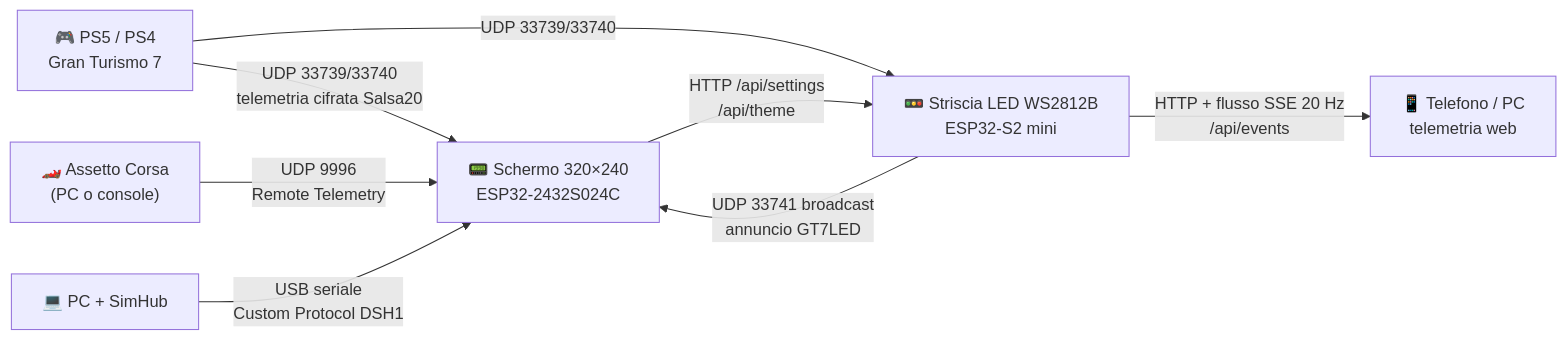
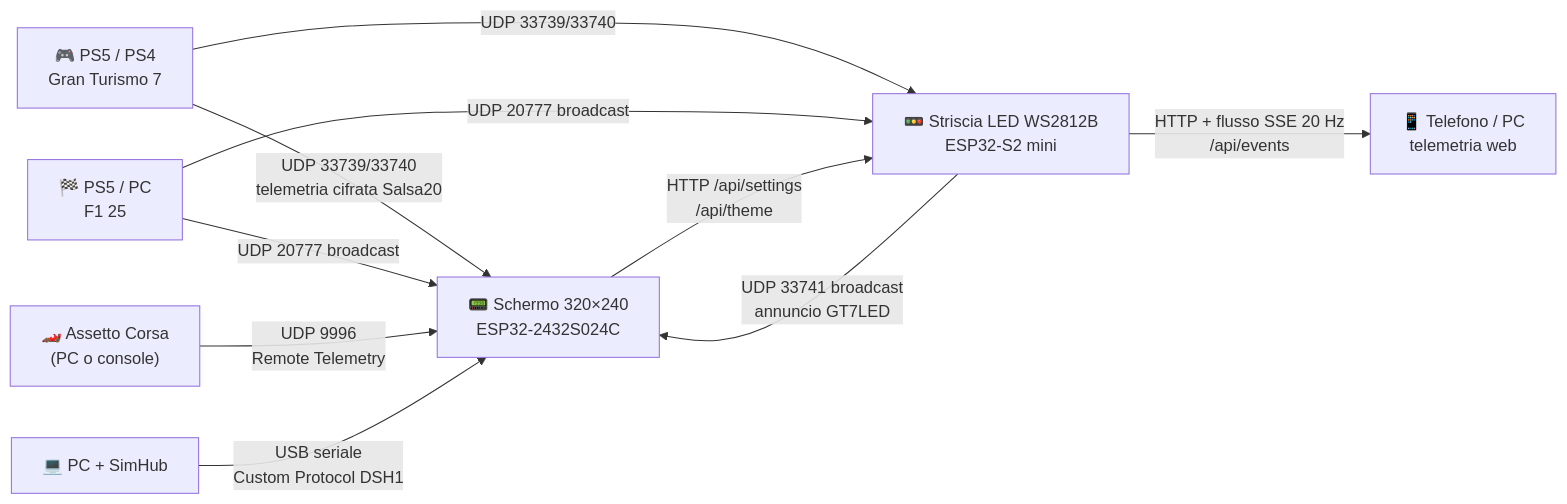
The diagram in README.md (chopin94/gt7-SchermoELed), drawn with Mermaid before and after one commit. The commit also changed other lines of this file and 15 other files, not shown here.

````diff
--- a/README.md
+++ b/README.md
@@ -52,17 +52,20 @@
 ```mermaid
 flowchart LR
     PS5["🎮 PS5 / PS4<br/>Gran Turismo 7"]
+    F1["🏁 PS5 / PC<br/>F1 25"]
     AC["🏎️ Assetto Corsa<br/>(PC o console)"]
     PC["💻 PC + SimHub"]
     DASH["📟 Schermo 320×240<br/>ESP32-2432S024C"]
     LED["🚥 Striscia LED WS2812B<br/>ESP32-S2 mini"]
     WEB["📱 Telefono / PC<br/>telemetria web"]
 
     PS5 -- "UDP 33739/33740<br/>telemetria cifrata Salsa20" --> DASH
     PS5 -- "UDP 33739/33740" --> LED
+    F1 -- "UDP 20777 broadcast" --> DASH
+    F1 -- "UDP 20777 broadcast" --> LED
     AC -- "UDP 9996<br/>Remote Telemetry" --> DASH
     PC -- "USB seriale<br/>Custom Protocol DSH1" --> DASH
     LED -- "UDP 33741 broadcast<br/>annuncio GT7LED" --> DASH
     DASH -- "HTTP /api/settings<br/>/api/theme" --> LED
     LED -- "HTTP + flusso SSE 20 Hz<br/>/api/events" --> WEB
 ```
````
